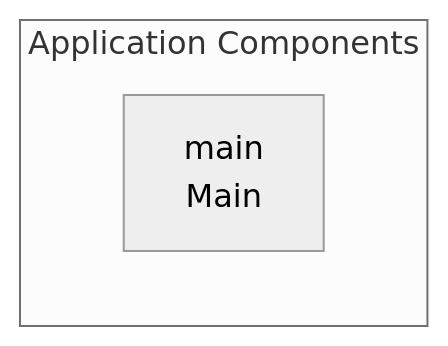
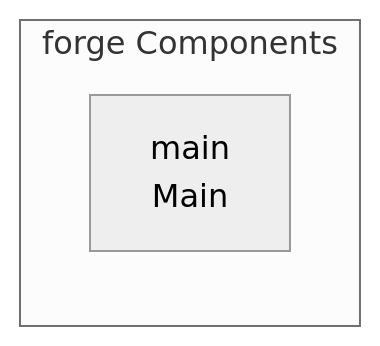
One commit to Punyamittal/forge changed the third of 3 diagrams in README.md. Above: the diagram before and after it, drawn with Mermaid (neutral theme). The commit also changed other lines of this file, not shown here.

````diff
--- a/README.md
+++ b/README.md
@@ -235,6 +118,6 @@
 ```mermaid
 graph LR
-    subgraph App["Application Components"]
+    subgraph App["forge Components"]
         main["main<br/>Main"]
     end
 ```
````
